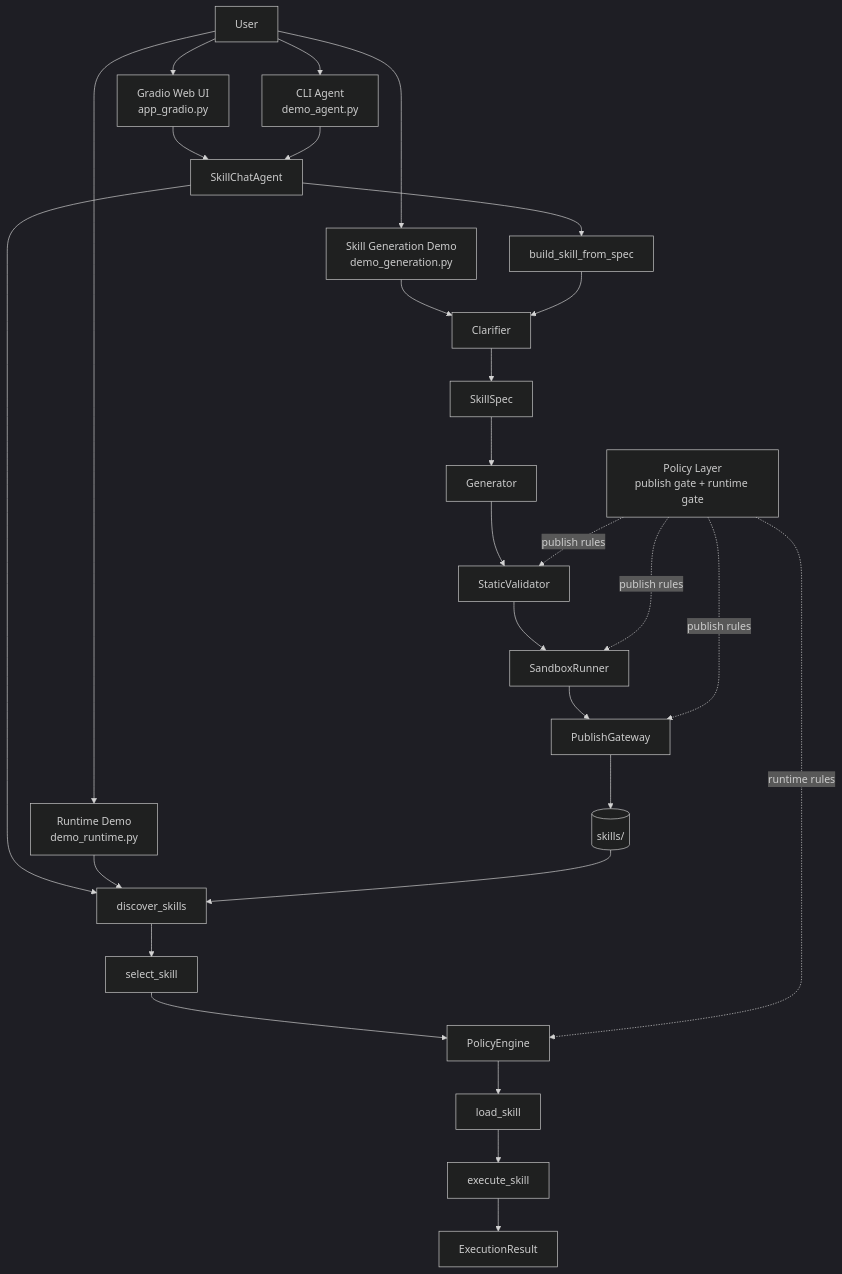
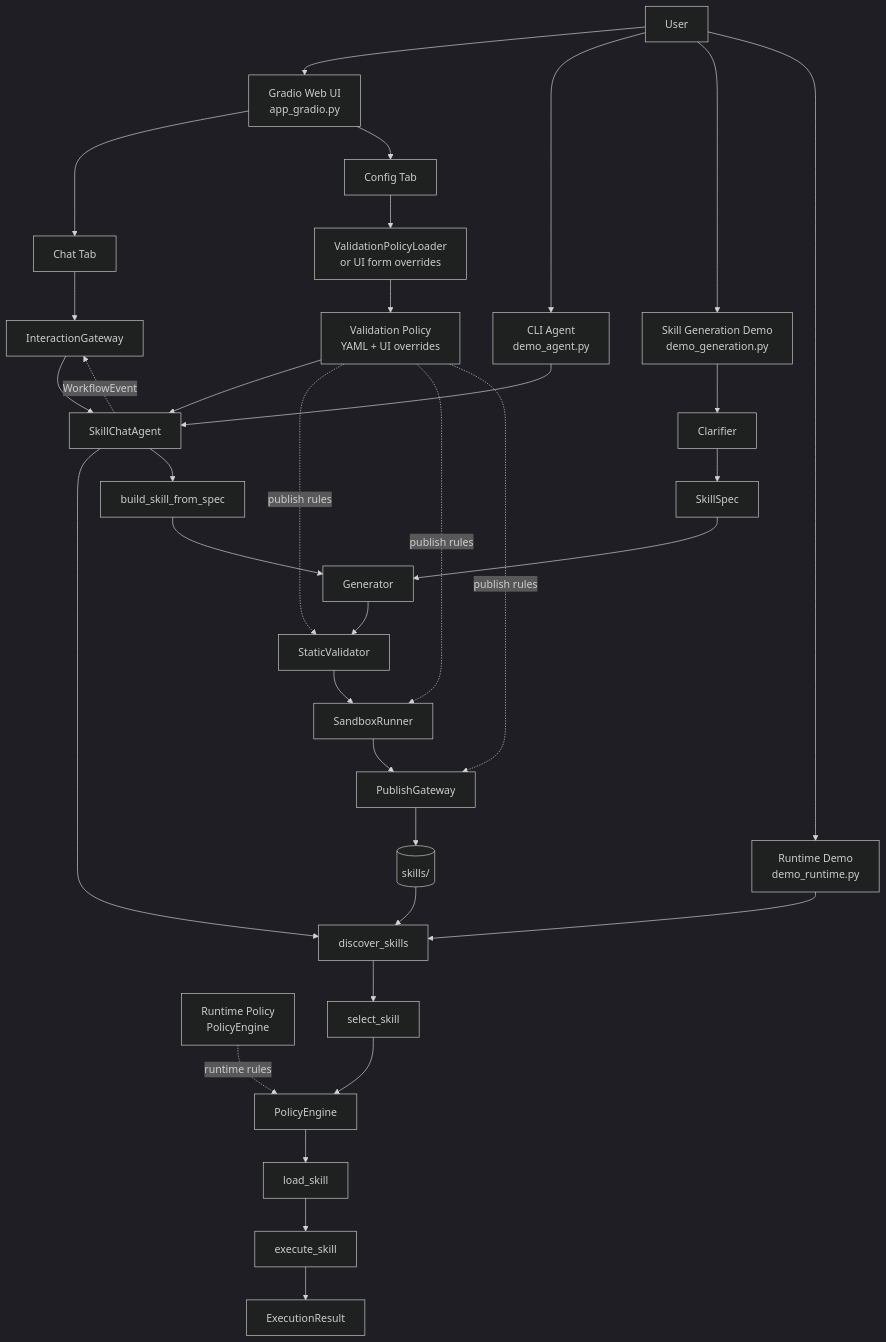
One commit to quanda1102/demo-skill-agent changed the first of 4 diagrams in docs/architecture.md. Above: the diagram before and after it, drawn with Mermaid (dark theme). The commit also changed other lines of this file and 32 other files, not shown here.

Commit message:
feat: update skill generation policy, UI config

````diff
--- a/docs/architecture.md
+++ b/docs/architecture.md
@@ -23,37 +24,47 @@
 ```mermaid
 flowchart TD
     U[User] --> GU[Gradio Web UI<br/>app_gradio.py]
     U --> AG[CLI Agent<br/>demo_agent.py]
     U --> SG[Skill Generation Demo<br/>demo_generation.py]
     U --> RD[Runtime Demo<br/>demo_runtime.py]
-    PL[Policy Layer<br/>publish gate + runtime gate]
+    RP[Runtime Policy<br/>PolicyEngine]
+    VP[Validation Policy<br/>YAML + UI overrides]
 
-    GU --> AGL[SkillChatAgent]
+    GU --> GT[Chat Tab]
+    GU --> GC[Config Tab]
+    GT --> IG[InteractionGateway]
+    IG --> AGL[SkillChatAgent]
+    AGL -. WorkflowEvent .-> IG
+    GC --> VPL[ValidationPolicyLoader<br/>or UI form overrides]
+    VPL --> VP
+    VP --> AGL
+
     AG --> AGL
-    AGL --> D[discover_skills]
-    AGL --> BG[build_skill_from_spec]
 
     SG --> C[Clarifier]
     C --> S[SkillSpec]
     S --> G[Generator]
+
+    AGL --> D[discover_skills]
+    AGL --> BG[build_skill_from_spec]
+    BG --> G
+
     G --> V[StaticValidator]
     V --> X[SandboxRunner]
     X --> P[PublishGateway]
     P --> K[(skills/)]
-
-    BG --> C
 
     RD --> D
     D --> Q[select_skill]
     Q --> Y[PolicyEngine]
     Y --> L[load_skill]
     L --> E[execute_skill]
     E --> O[ExecutionResult]
 
     K --> D
 
-    PL -. publish rules .-> V
-    PL -. publish rules .-> X
-    PL -. publish rules .-> P
-    PL -. runtime rules .-> Y
+    VP -. publish rules .-> V
+    VP -. publish rules .-> X
+    VP -. publish rules .-> P
+    RP -. runtime rules .-> Y
 ```
````
